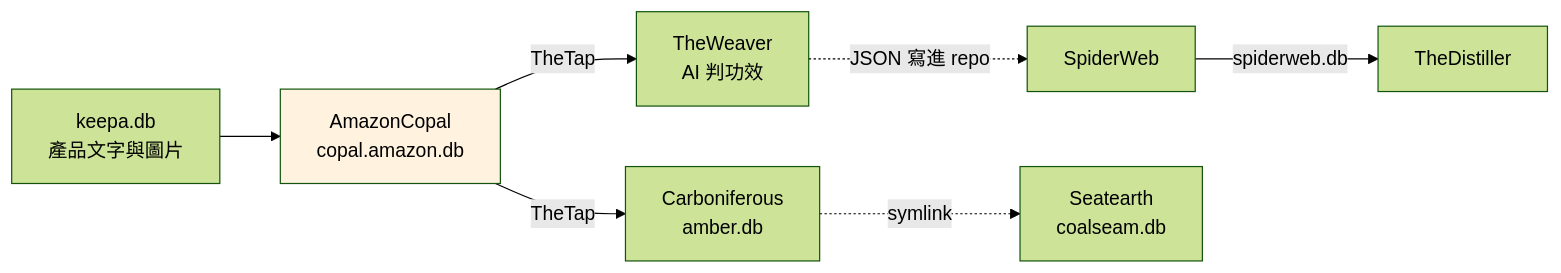
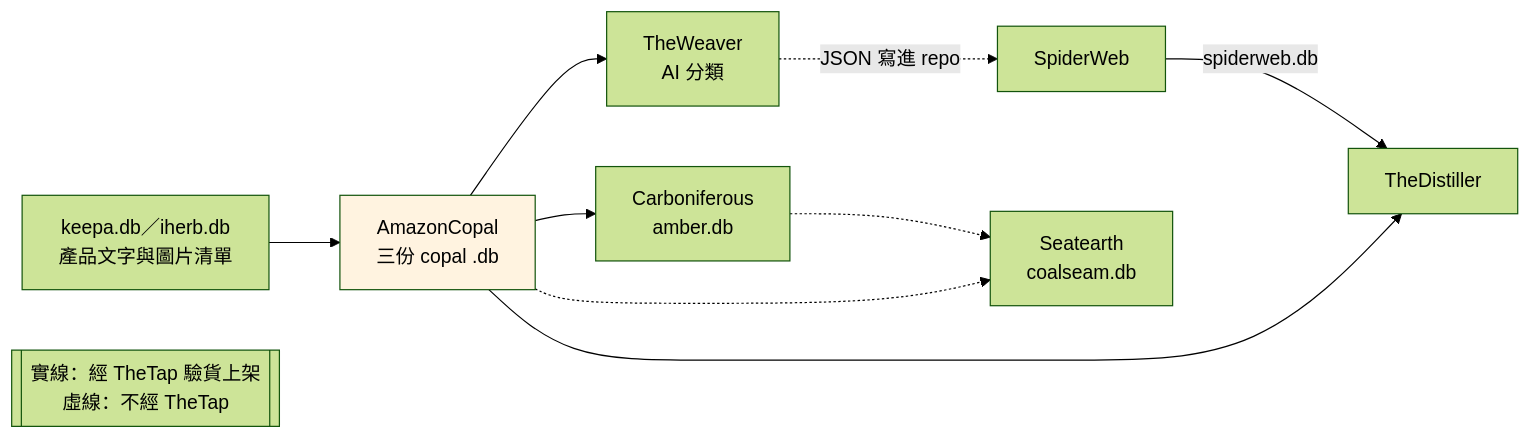
One commit to mapleelpam/LuminNexus-LearningMap changed the first of 2 diagrams in projects/alchemymind/amazoncopal.md. Above: the diagram before and after it, drawn with Mermaid (forest theme). The commit also changed other lines of this file and 18 other files, not shown here.

````diff
--- a/projects/alchemymind/amazoncopal.md
+++ b/projects/alchemymind/amazoncopal.md
@@ -79,11 +84,14 @@
 ```mermaid
 graph LR
-    KE[keepa.db<br/>產品文字與圖片] --> CO[AmazonCopal<br/>copal.amazon.db]
-    CO -->|TheTap| WE[TheWeaver<br/>AI 判功效]
+    KE[keepa.db／iherb.db<br/>產品文字與圖片清單] --> CO[AmazonCopal<br/>三份 copal .db]
+    CO --> WE[TheWeaver<br/>AI 分類]
     WE -.->|JSON 寫進 repo| SW[SpiderWeb]
     SW -->|spiderweb.db| DI[TheDistiller]
-    CO -->|TheTap| CA[Carboniferous<br/>amber.db]
-    CA -.->|symlink| SE[Seatearth<br/>coalseam.db]
+    CO --> DI
+    CO --> CA[Carboniferous<br/>amber.db]
+    CA -.-> SE[Seatearth<br/>coalseam.db]
+    CO -.-> SE
+    LEG[["實線：經 TheTap 驗貨上架<br/>虛線：不經 TheTap"]]
 
     style CO fill:#fff3e0
 ```
````
